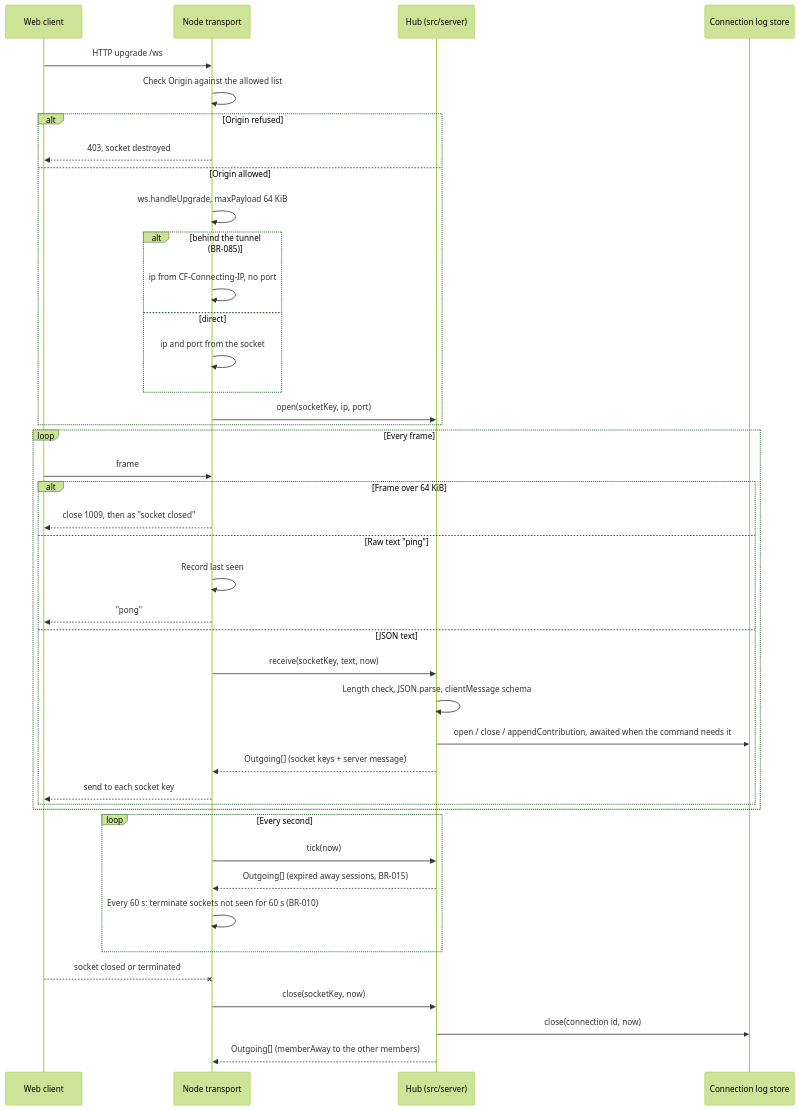
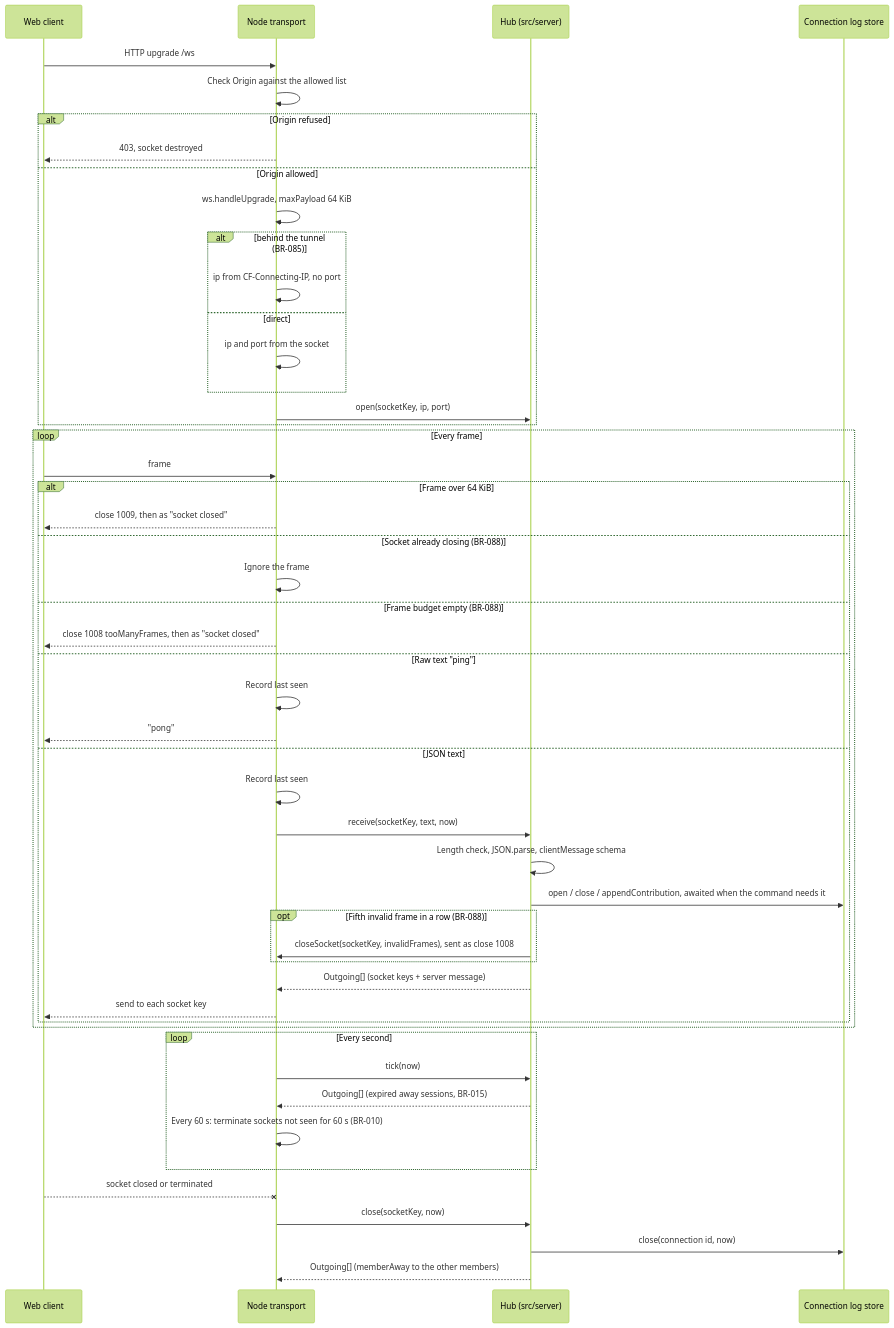
One commit to benoit-bremaud/asv changed the diagram in docs/architecture/diagrams/platform/02-sequence-node-transport.md. Above: the diagram before and after it, drawn with Mermaid (forest theme). The commit also changed other lines of this file and 49 other files, not shown here.

First line of the commit message:
fix(transport): limit frames per socket and close abusive sockets (#103)

````diff
--- a/docs/architecture/diagrams/platform/02-sequence-node-transport.md
+++ b/docs/architecture/diagrams/platform/02-sequence-node-transport.md
@@ -17,44 +17,52 @@
 ```mermaid
 sequenceDiagram
   participant W as Web client
   participant N as Node transport
   participant H as Hub (src/server)
   participant LS as Connection log store
   W->>N: HTTP upgrade /ws
   N->>N: Check Origin against the allowed list
   alt Origin refused
     N-->>W: 403, socket destroyed
   else Origin allowed
     N->>N: ws.handleUpgrade, maxPayload 64 KiB
     alt behind the tunnel (BR-085)
       N->>N: ip from CF-Connecting-IP, no port
     else direct
       N->>N: ip and port from the socket
     end
     N->>H: open(socketKey, ip, port)
   end
   loop Every frame
     W->>N: frame
     alt Frame over 64 KiB
       N-->>W: close 1009, then as "socket closed"
+    else Socket already closing (BR-088)
+      N->>N: Ignore the frame
+    else Frame budget empty (BR-088)
+      N-->>W: close 1008 tooManyFrames, then as "socket closed"
     else Raw text "ping"
       N->>N: Record last seen
       N-->>W: "pong"
     else JSON text
+      N->>N: Record last seen
       N->>H: receive(socketKey, text, now)
       H->>H: Length check, JSON.parse, clientMessage schema
       H->>LS: open / close / appendContribution, awaited when the command needs it
+      opt Fifth invalid frame in a row (BR-088)
+        H->>N: closeSocket(socketKey, invalidFrames), sent as close 1008
+      end
       H-->>N: Outgoing[] (socket keys + server message)
       N-->>W: send to each socket key
     end
   end
   loop Every second
     N->>H: tick(now)
     H-->>N: Outgoing[] (expired away sessions, BR-015)
     N->>N: Every 60 s: terminate sockets not seen for 60 s (BR-010)
   end
   W--xN: socket closed or terminated
   N->>H: close(socketKey, now)
   H->>LS: close(connection id, now)
   H-->>N: Outgoing[] (memberAway to the other members)
 ```
````
